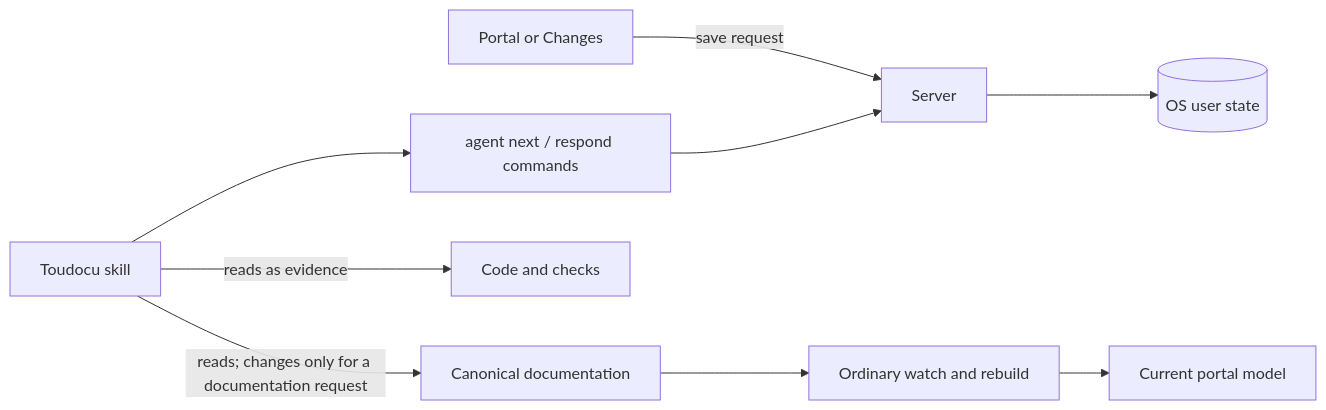
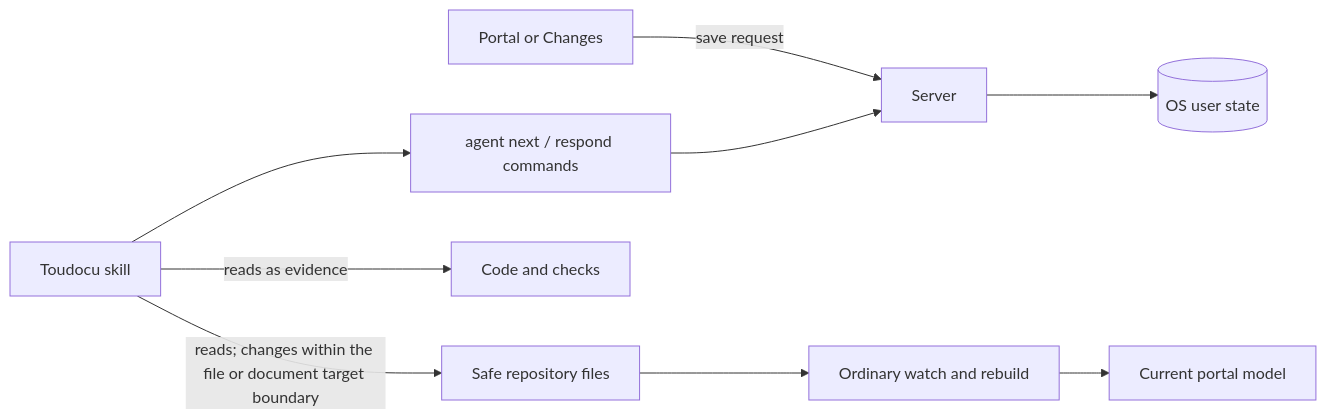
The diagram in docs-en/architecture/agent-feedback-delivery.md (lumenikoly/toudocu), drawn with Mermaid before and after one commit. The commit also changed other lines of this file and 33 other files, not shown here.

````diff
--- a/docs-en/architecture/agent-feedback-delivery.md
+++ b/docs-en/architecture/agent-feedback-delivery.md
@@ -14,11 +14,11 @@
 ```mermaid
 flowchart LR
     Browser[Portal or Changes] -->|save request| Core[Server]
     Core --> Store[(OS user state)]
     CLI[agent next / respond commands] --> Core
     Skill[Toudocu skill] --> CLI
     Skill -->|reads as evidence| Code[Code and checks]
-    Skill -->|reads; changes only for a documentation request| Docs[Canonical documentation]
-    Docs --> Watcher[Ordinary watch and rebuild]
+    Skill -->|reads; changes within the file or document target boundary| Sources[Safe repository files]
+    Sources --> Watcher[Ordinary watch and rebuild]
     Watcher --> Portal[Current portal model]
 ```
````
